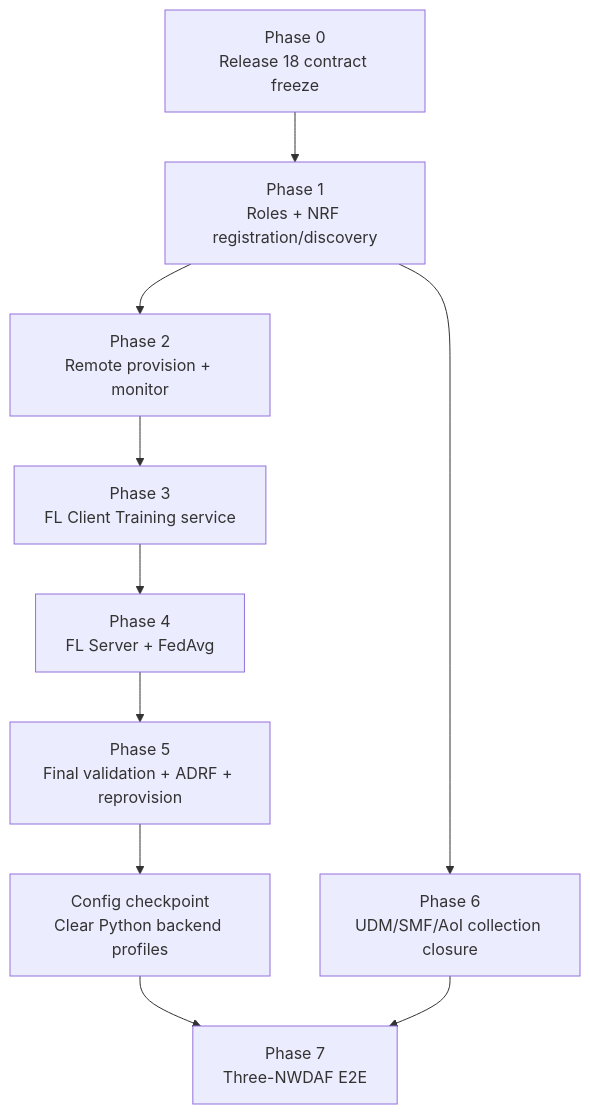
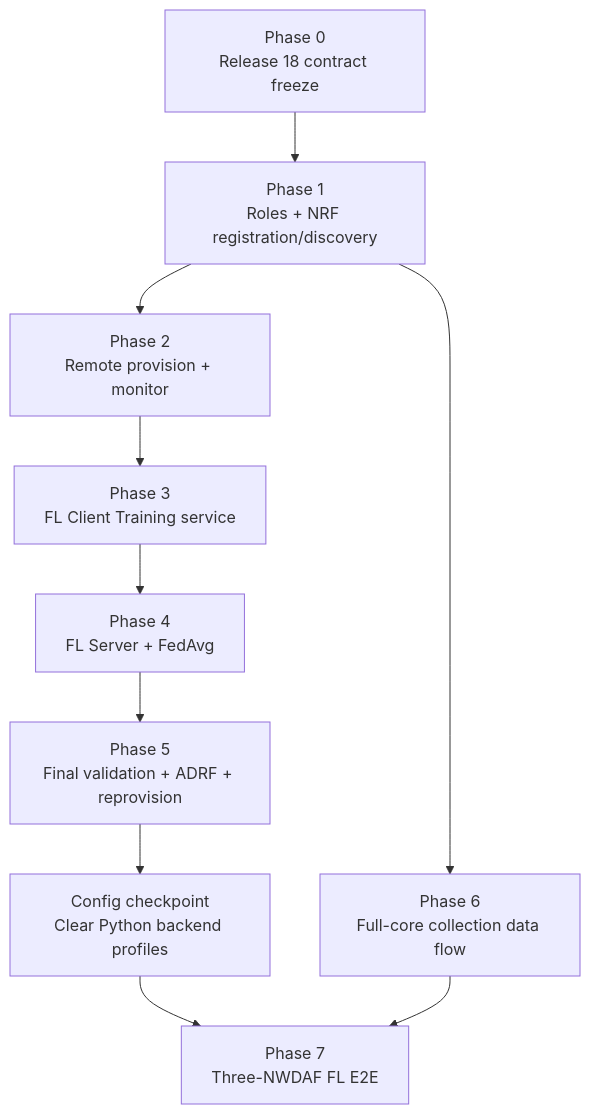
Before and after one commit to ChingJe/nwdaf-docs: the second of 2 diagrams in docs/plans/federated-learning/Distributed NWDAF Federated Learning Implementation Plan.md, drawn with Mermaid. The commit also changed other lines of this file and 1 other file, not shown here.

First line of the commit message:
docs(fl): define full-core collection prerequisites

````diff
--- a/docs/plans/federated-learning/Distributed NWDAF Federated Learning Implementation Plan.md
+++ b/docs/plans/federated-learning/Distributed NWDAF Federated Learning Implementation Plan.md
@@ -729,15 +730,15 @@
 ```mermaid
 flowchart TD
     P0["Phase 0<br/>Release 18 contract freeze"]
     P1["Phase 1<br/>Roles + NRF registration/discovery"]
     P2["Phase 2<br/>Remote provision + monitor"]
     P3["Phase 3<br/>FL Client Training service"]
     P4["Phase 4<br/>FL Server + FedAvg"]
     P5["Phase 5<br/>Final validation + ADRF + reprovision"]
     CFG["Config checkpoint<br/>Clear Python backend profiles"]
-    P6["Phase 6<br/>UDM/SMF/AoI collection closure"]
-    P7["Phase 7<br/>Three-NWDAF E2E"]
+    P6["Phase 6<br/>Full-core collection data flow"]
+    P7["Phase 7<br/>Three-NWDAF FL E2E"]
 
     P0 --> P1 --> P2 --> P3 --> P4 --> P5 --> CFG --> P7
     P1 --> P6 --> P7
 ```
````
